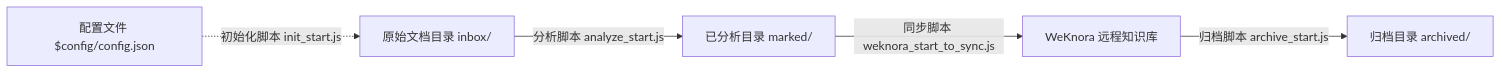
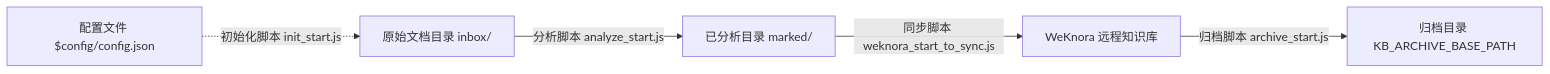
The diagram in README_CN.md (bruce1977/knot), drawn with Mermaid before and after one commit. The commit also changed other lines of this file and 8 other files, not shown here.

Commit message:
improve archive_start.js

````diff
--- a/README_CN.md
+++ b/README_CN.md
@@ -32,7 +34,7 @@
 ```mermaid
 graph LR
     inbox[原始文档目录 inbox/] -->|分析脚本 analyze_start.js| marked[已分析目录 marked/]
     marked -->|同步脚本 weknora_start_to_sync.js| weknora[WeKnora 远程知识库]
-    weknora -->|归档脚本 archive_start.js| archived[归档目录 archived/]
+    weknora -->|归档脚本 archive_start.js| archived[归档目录 KB_ARCHIVE_BASE_PATH]
     cfg[配置文件 $config/config.json] -.->|初始化脚本 init_start.js| inbox
 ```
````
